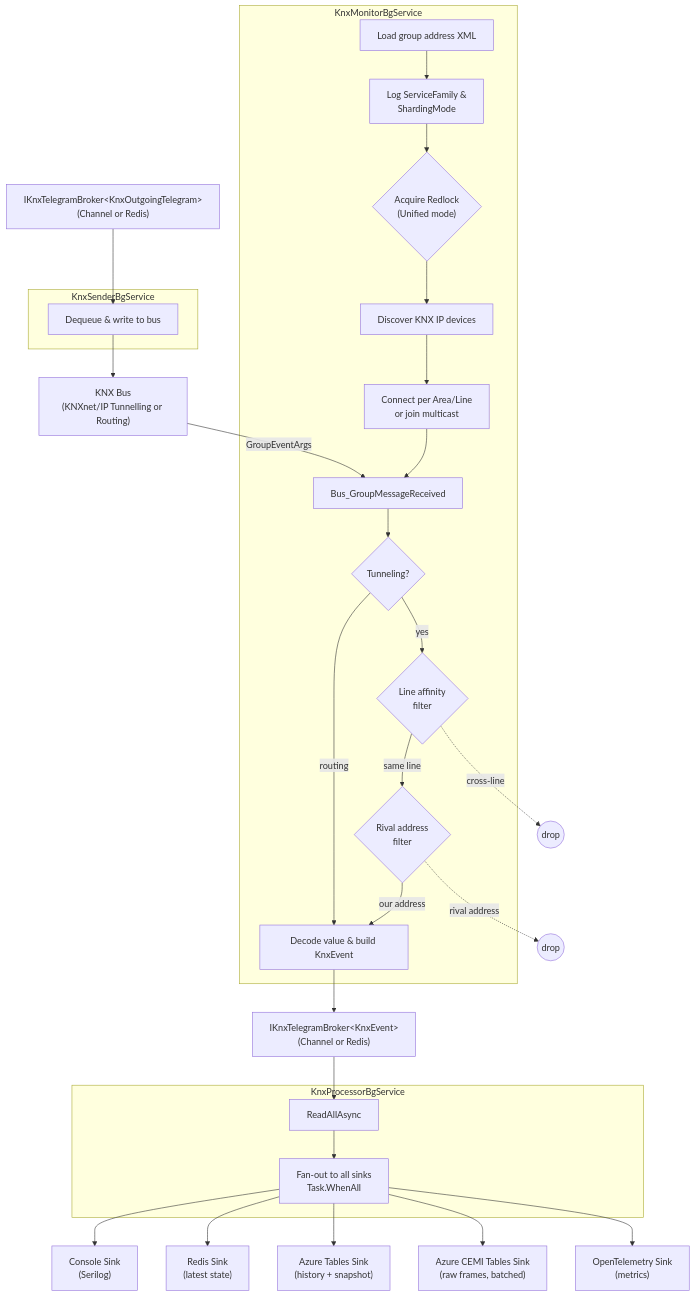
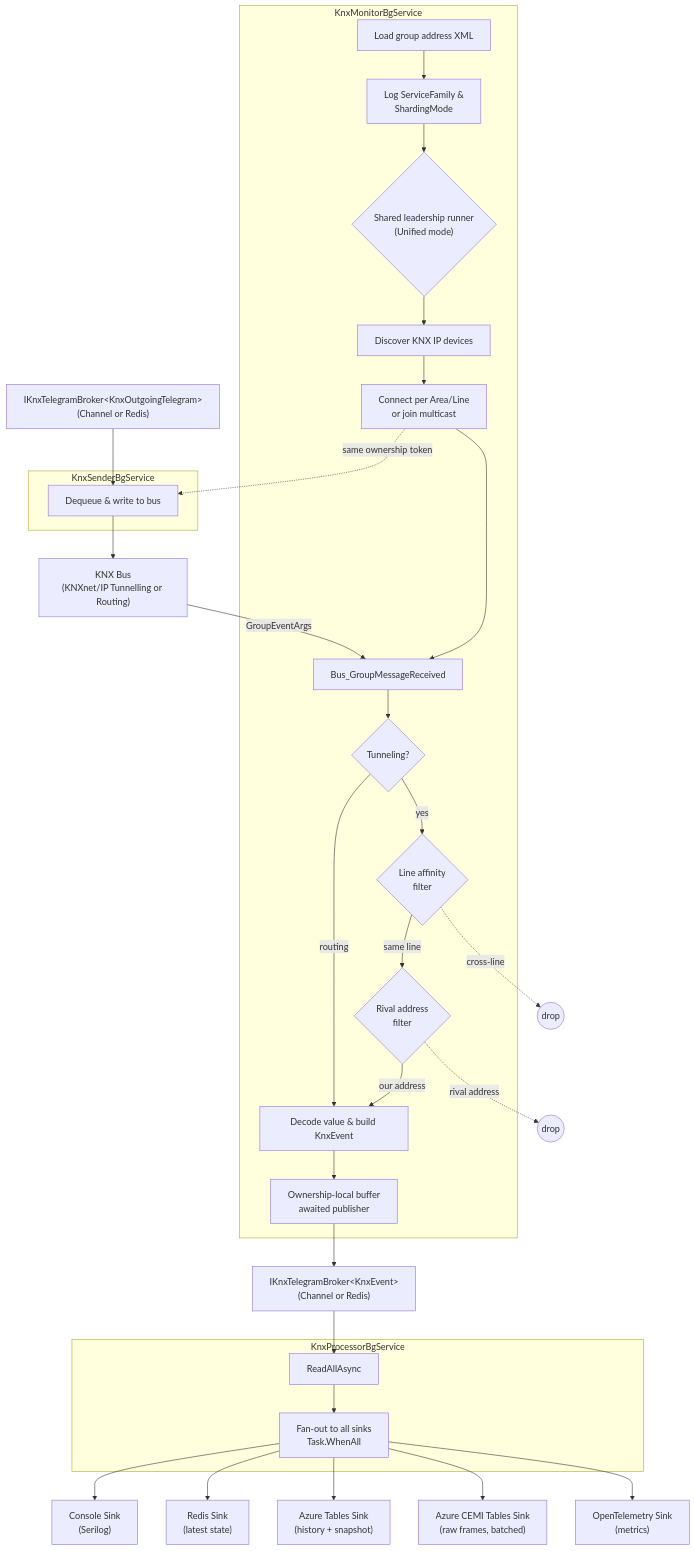
Before and after one commit to f2calv/SmartHaus: the diagram in src/CasCap.Api.Knx/README.md, drawn with Mermaid. The commit also changed other lines of this file and 13 other files, not shown here.

First line of the commit message:
refactor(knx): bind bus workers to shared leadership

````diff
--- a/src/CasCap.Api.Knx/README.md
+++ b/src/CasCap.Api.Knx/README.md
@@ -229,54 +247,56 @@
 ```mermaid
 flowchart TD
     BUS["KNX Bus\n(KNXnet/IP Tunnelling or Routing)"]
 
     subgraph Monitor["KnxMonitorBgService"]
         LOOKUP["Load group address XML"]
         LOG_CONFIG["Log ServiceFamily &\nShardingMode"]
-        REDLOCK{"Acquire Redlock\n(Unified mode)"}
+        REDLOCK{"Shared leadership runner\n(Unified mode)"}
         DISCOVER["Discover KNX IP devices"]
         CONNECT["Connect per Area/Line\nor join multicast"]
         RECEIVE["Bus_GroupMessageReceived"]
         SVC_CHECK{"Tunneling?"}
         FILTER_LINE{"Line affinity\nfilter"}
         FILTER_RIVAL{"Rival address\nfilter"}
         DECODE["Decode value & build KnxEvent"]
+        PUBLISH["Ownership-local buffer\nawaited publisher"]
     end
 
     CHANNEL_IN["IKnxTelegramBroker&lt;KnxEvent&gt;\n(Channel or Redis)"]
 
     subgraph Processor["KnxProcessorBgService"]
         READ["ReadAllAsync"]
         DISPATCH["Fan-out to all sinks\nTask.WhenAll"]
     end
 
     SINK_CONSOLE["Console Sink\n(Serilog)"]
     SINK_REDIS["Redis Sink\n(latest state)"]
     SINK_AZTABLES["Azure Tables Sink\n(history + snapshot)"]
     SINK_CEMI["Azure CEMI Tables Sink\n(raw frames, batched)"]
     SINK_OTEL["OpenTelemetry Sink\n(metrics)"]
 
     CHANNEL_OUT["IKnxTelegramBroker&lt;KnxOutgoingTelegram&gt;\n(Channel or Redis)"]
 
     subgraph Sender["KnxSenderBgService"]
         SEND["Dequeue & write to bus"]
     end
 
     LOOKUP --> LOG_CONFIG --> REDLOCK --> DISCOVER --> CONNECT
     BUS -->|GroupEventArgs| RECEIVE
     CONNECT --> RECEIVE --> SVC_CHECK
     SVC_CHECK -->|yes| FILTER_LINE
     SVC_CHECK -->|routing| DECODE
     FILTER_LINE -->|same line| FILTER_RIVAL
     FILTER_LINE -.->|cross-line| DROP1(("drop"))
     FILTER_RIVAL -->|our address| DECODE
     FILTER_RIVAL -.->|rival address| DROP2(("drop"))
-    DECODE --> CHANNEL_IN
+    DECODE --> PUBLISH --> CHANNEL_IN
     CHANNEL_IN --> READ --> DISPATCH
     DISPATCH --> SINK_CONSOLE
     DISPATCH --> SINK_REDIS
     DISPATCH --> SINK_AZTABLES
     DISPATCH --> SINK_CEMI
     DISPATCH --> SINK_OTEL
     CHANNEL_OUT --> SEND --> BUS
+    CONNECT -.->|same ownership token| SEND
 ```
````
